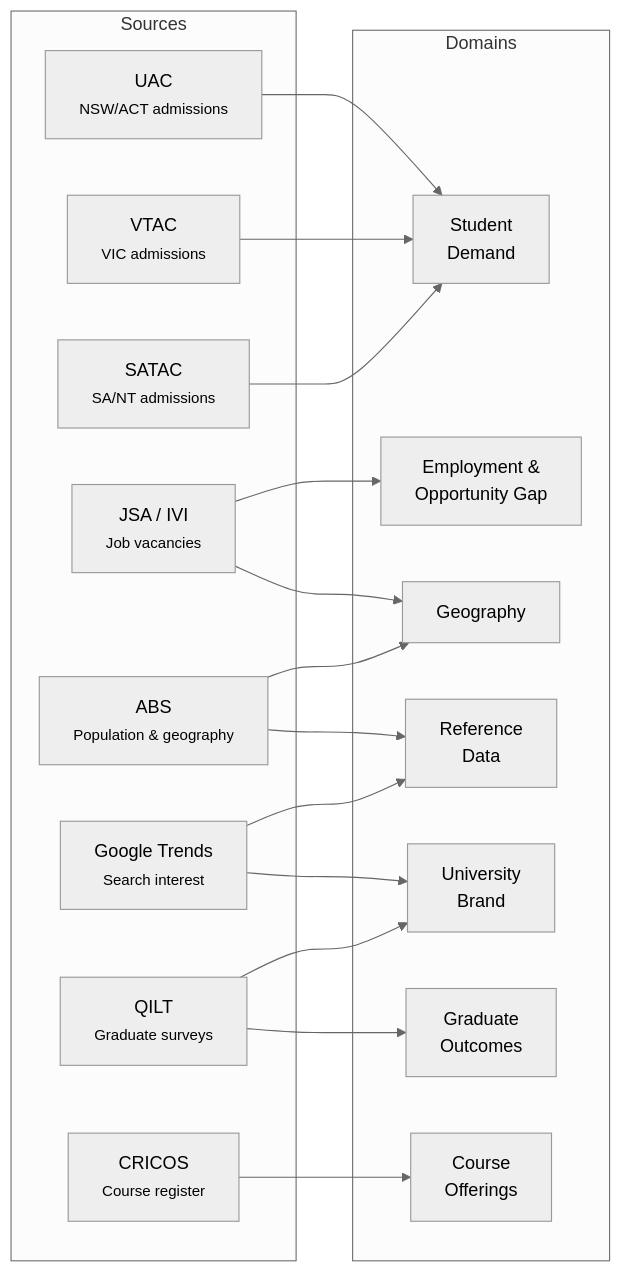
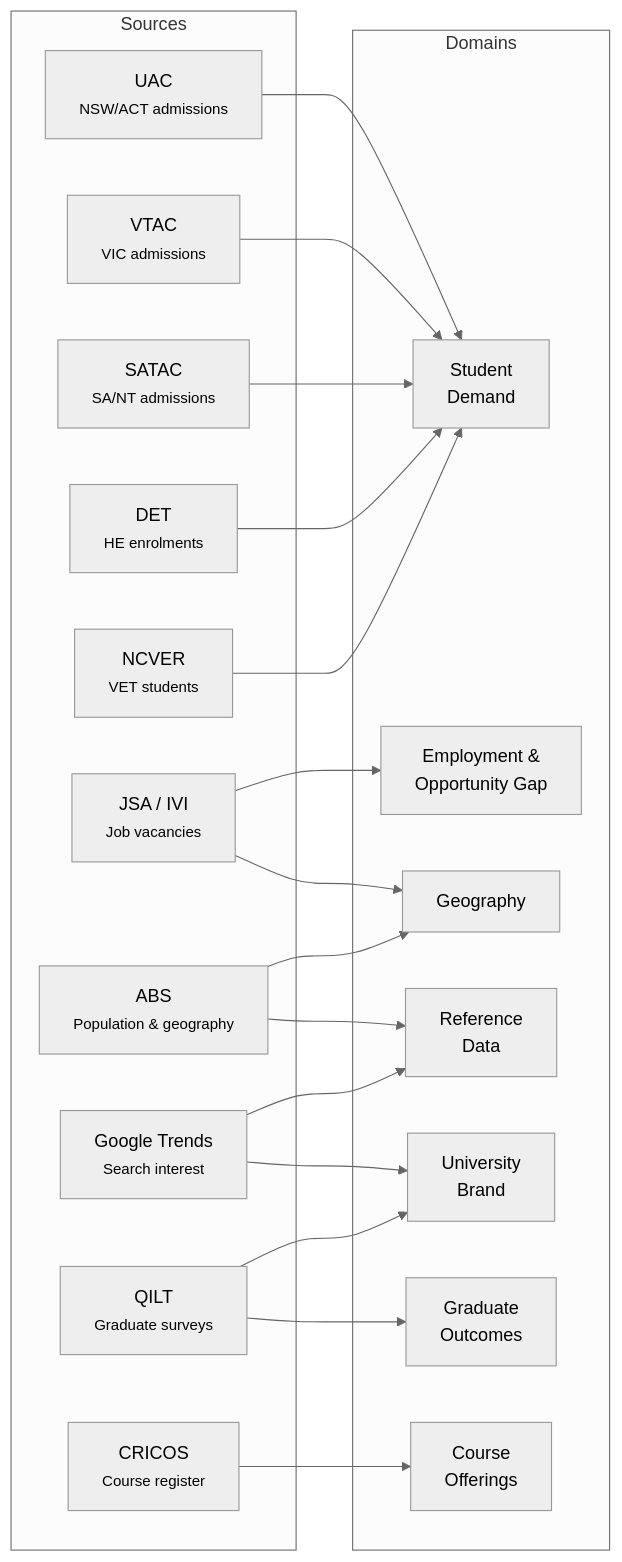
One commit to wisemuffin/project-zeus changed the first of 3 diagrams in docs/ontology/relationships.md. Above: the diagram before and after it, drawn with Mermaid (neutral theme). The commit also changed other lines of this file and 23 other files, not shown here.

Commit message:
NCVER VET and DET added sources

````diff
--- a/docs/ontology/relationships.md
+++ b/docs/ontology/relationships.md
@@ -7,36 +7,40 @@
 ```mermaid
 graph LR
     subgraph Sources
         UAC[UAC<br/><small>NSW/ACT admissions</small>]
         VTAC[VTAC<br/><small>VIC admissions</small>]
         SATAC[SATAC<br/><small>SA/NT admissions</small>]
+        DET[DET<br/><small>HE enrolments</small>]
+        NCVER[NCVER<br/><small>VET students</small>]
         JSA[JSA / IVI<br/><small>Job vacancies</small>]
         ABS[ABS<br/><small>Population &amp; geography</small>]
         GT[Google Trends<br/><small>Search interest</small>]
         QILT[QILT<br/><small>Graduate surveys</small>]
         CRICOS[CRICOS<br/><small>Course register</small>]
     end
 
     subgraph Domains
         SD[Student<br/>Demand]
         EOG[Employment &<br/>Opportunity Gap]
         GEO[Geography]
         REF[Reference<br/>Data]
         UB[University<br/>Brand]
         GO[Graduate<br/>Outcomes]
         CO[Course<br/>Offerings]
     end
 
     UAC --> SD
     VTAC --> SD
     SATAC --> SD
+    DET --> SD
+    NCVER --> SD
     JSA --> EOG
     JSA --> GEO
     ABS --> GEO
     ABS --> REF
     GT --> REF
     GT --> UB
     QILT --> UB
     QILT --> GO
     CRICOS --> CO
 ```
````
